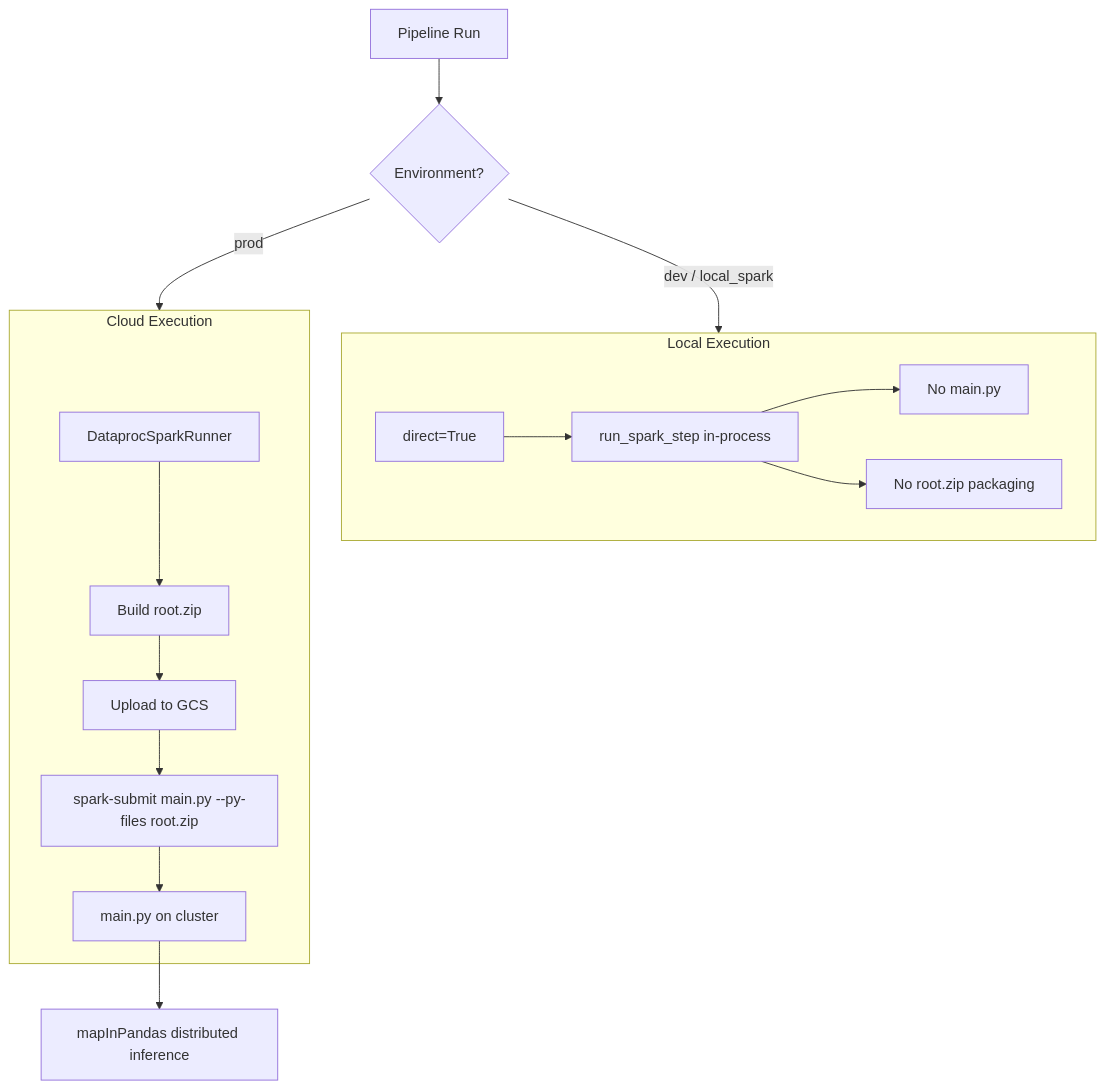
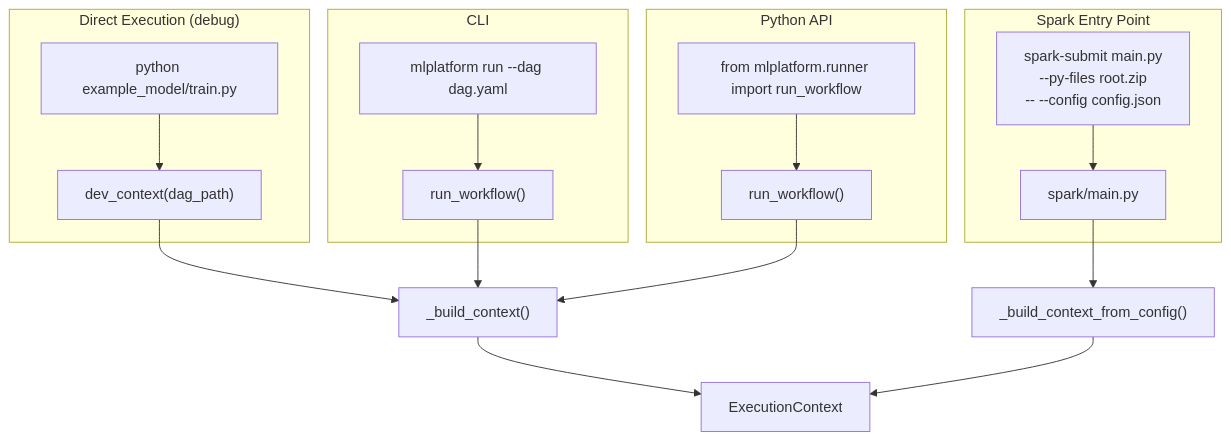
One commit to maods2/designing-mlops-framework changed the sixth of 10 diagrams in DIAGRAMS.md. Above: the diagram before and after it, drawn with Mermaid. The commit also changed other lines of this file and 51 other files, not shown here.

````diff
--- a/DIAGRAMS.md
+++ b/DIAGRAMS.md
@@ -81,24 +211,34 @@
 ```mermaid
 flowchart TB
-    Start[Pipeline Run] --> EnvCheck{Environment?}
-    
-    EnvCheck -->|dev / local_spark| Local[Local Path]
-    EnvCheck -->|prod| Cloud[Cloud Path]
-
-    subgraph Local["Local Execution"]
-        Direct[direct=True]
-        Direct --> InProcess[run_spark_step in-process]
-        InProcess --> NoMain[No main.py]
-        InProcess --> NoPack[No root.zip packaging]
+    subgraph DirectExec["Direct Execution (debug)"]
+        PyFile["python example_model/train.py"]
+        DevCtx["dev_context(dag_path)"]
+        PyFile --> DevCtx
     end
 
-    subgraph Cloud["Cloud Execution"]
-        DataprocSubmit[DataprocSparkRunner]
-        DataprocSubmit --> BuildZip[Build root.zip]
-        BuildZip --> Upload[Upload to GCS]
-        Upload --> SparkSubmit["spark-submit main.py --py-files root.zip"]
-        SparkSubmit --> MainPy[main.py on cluster]
+    subgraph CLI["CLI"]
+        Cmd["mlplatform run --dag dag.yaml"]
+        RunWF1["run_workflow()"]
+        Cmd --> RunWF1
     end
 
-    MainPy --> MapInPandas[mapInPandas distributed inference]
+    subgraph PythonAPI["Python API"]
+        Import["from mlplatform.runner import run_workflow"]
+        RunWF2["run_workflow()"]
+        Import --> RunWF2
+    end
+
+    subgraph SparkEntry["Spark Entry Point"]
+        SparkCmd["spark-submit main.py\n--py-files root.zip\n-- --config config.json"]
+        SparkMain["spark/main.py"]
+        SparkCmd --> SparkMain
+    end
+
+    DevCtx --> BuildCtx["_build_context()"]
+    RunWF1 --> BuildCtx
+    RunWF2 --> BuildCtx
+    SparkMain --> BuildCtx2["_build_context_from_config()"]
+
+    BuildCtx --> CTX["ExecutionContext"]
+    BuildCtx2 --> CTX
 ```
````
